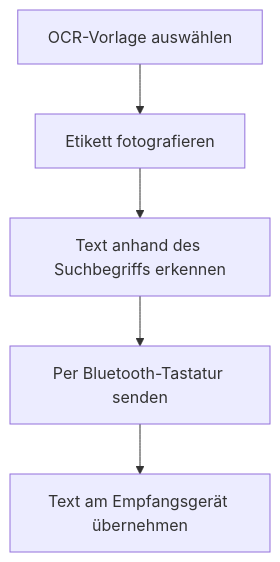
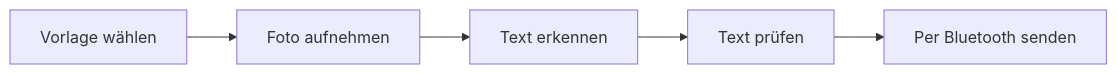
Before and after one commit to ingo008/OCR2BT-Releases: the diagram in README.md, drawn with Mermaid. The commit also changed other lines of this file, not shown here.

````diff
--- a/README.md
+++ b/README.md
@@ -29,7 +25,7 @@
 ```mermaid
-flowchart TD
-    A["OCR-Vorlage auswählen"] --> B["Etikett fotografieren"]
-    B --> C["Text anhand des Suchbegriffs erkennen"]
-    C --> D["Per Bluetooth-Tastatur senden"]
-    D --> E["Text am Empfangsgerät übernehmen"]
+flowchart LR
+    A["Vorlage wählen"] --> B["Foto aufnehmen"]
+    B --> C["Text erkennen"]
+    C --> D["Text prüfen"]
+    D --> E["Per Bluetooth senden"]
 ```
````
